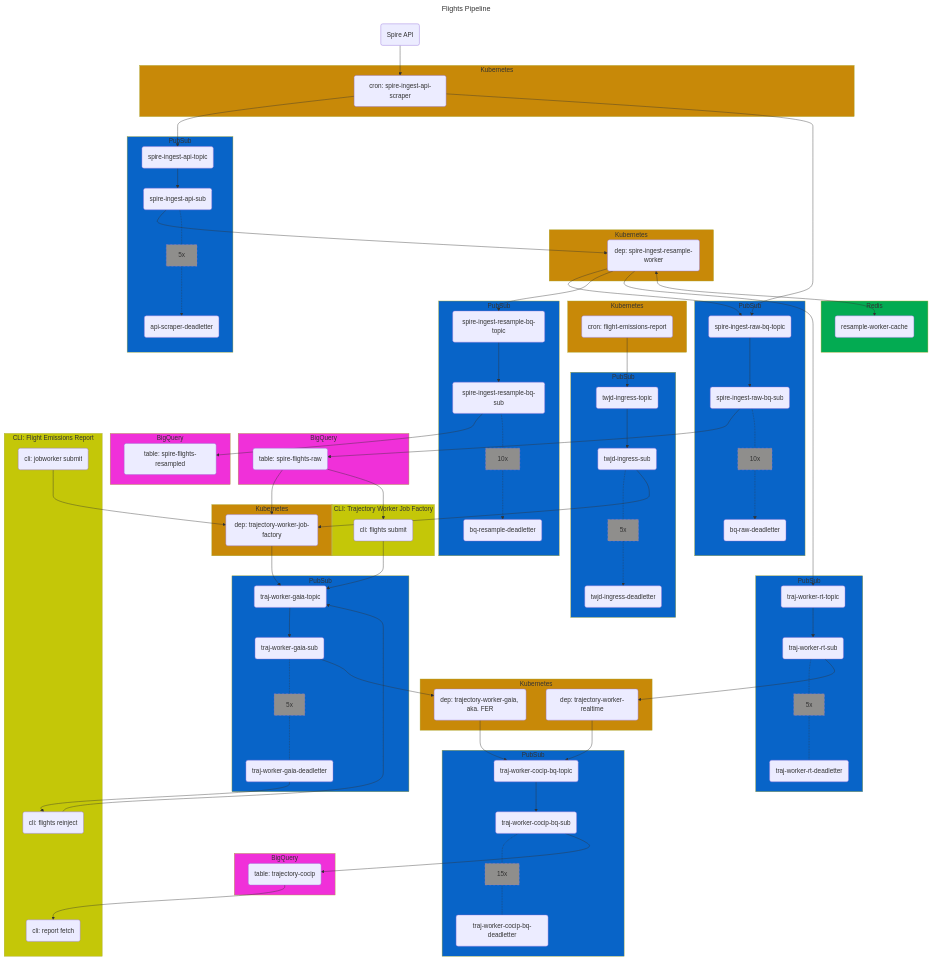
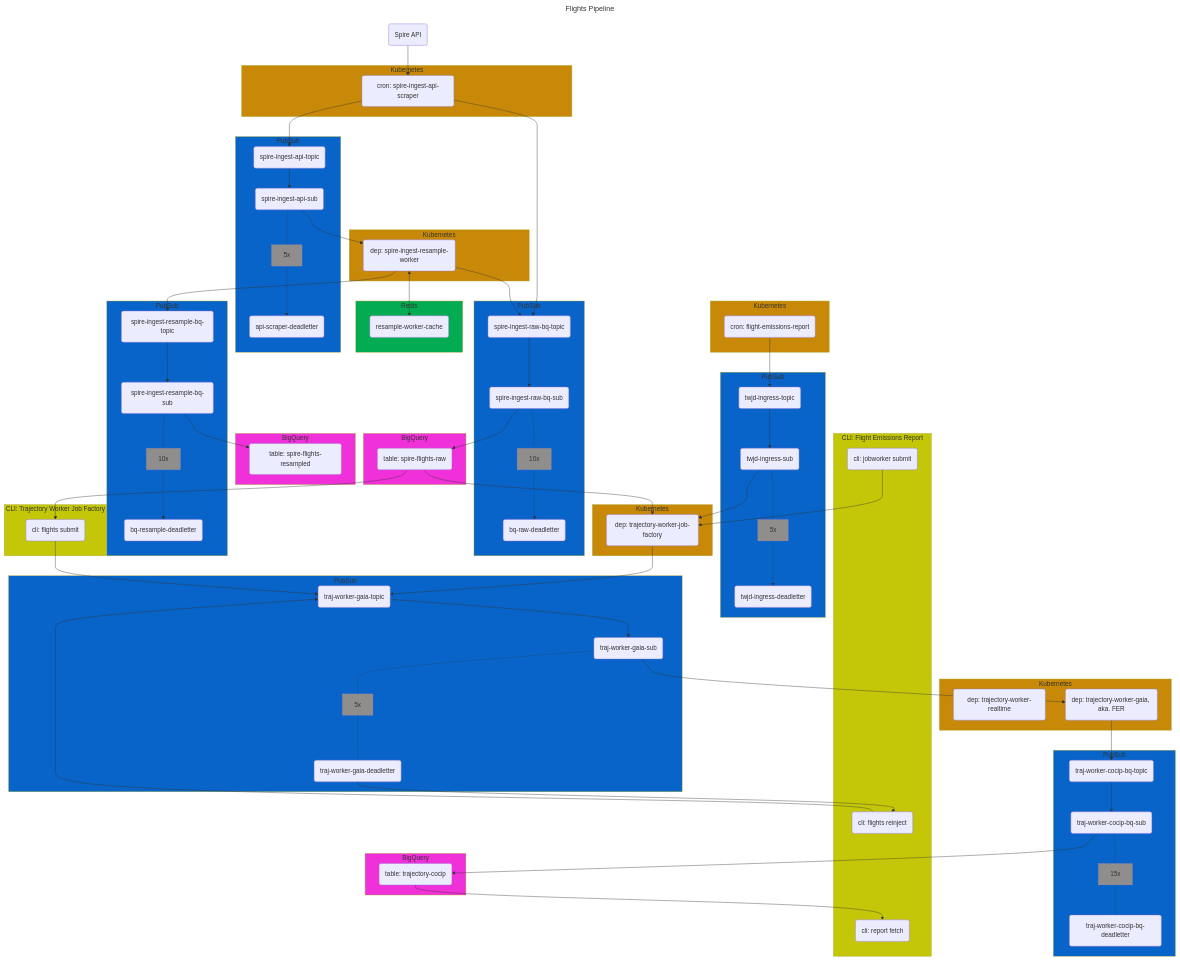
Before and after one commit to contrailcirrus/flights-pipeline: the diagram in README.md, drawn with Mermaid.

Commit message:
update sys diag

```diff
--- a/README.md
+++ b/README.md
@@ -66,13 +66,6 @@
         twjd_ingress_deadletter(twjd-ingress-deadletter)
     end
     style pub_sub4 fill:#0864C8
-    subgraph pub_sub5[PubSub]
-        traj_worker_rt_topic(traj-worker-rt-topic)
-        traj_worker_rt_sub(traj-worker-rt-sub)
-        traj_worker_rt_5xop[5x]:::operationStyle
-        traj_worker_rt_deadletter(traj-worker-rt-deadletter)
-    end
-    style pub_sub5 fill:#0864C8
     subgraph pub_sub6[PubSub]
         traj_worker_gaia_topic(traj-worker-gaia-topic)
         traj_worker_gaia_sub(traj-worker-gaia-sub)
@@ -119,7 +112,6 @@
     spire_ingest_api_sub --> spire_ingest_resample_worker
     spire_ingest_resample_worker --> spire_ingest_raw_bq_topic
     spire_ingest_resample_worker --> spire_ingest_resample_bq_topic
-    spire_ingest_resample_worker --> traj_worker_rt_topic
     spire_ingest_raw_bq_topic --> spire_ingest_raw_bq_sub
     spire_ingest_resample_bq_topic --> spire_ingest_resample_bq_sub
     
@@ -142,11 +134,6 @@
     twjd_ingress_sub -.- twjd_ingress_5xop
     twjd_ingress_5xop -.-> twjd_ingress_deadletter
     
-    traj_worker_rt_topic --> traj_worker_rt_sub
-    traj_worker_rt_sub -.- traj_worker_rt_5xop
-    traj_worker_rt_5xop -.- traj_worker_rt_deadletter
-    
-    traj_worker_rt_sub --> trajectory_worker_rt
     
     traj_worker_gaia_topic --> traj_worker_gaia_sub
     traj_worker_gaia_sub -.- traj_worker_gaia_5xop
@@ -159,7 +146,6 @@
     traj_worker_gaia_sub --> trajectory_worker_gaia
     
     trajectory_worker_gaia --> traj_worker_cocip_bq_topic
-    trajectory_worker_rt --> traj_worker_cocip_bq_topic
     
     traj_worker_cocip_bq_topic --> traj_worker_cocip_bq_sub
     traj_worker_cocip_bq_sub -.- traj_worker_cocip_bq_15xop
```
